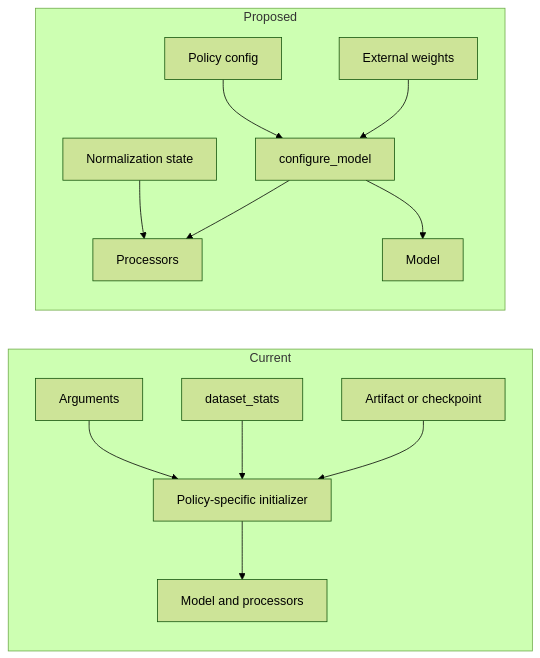
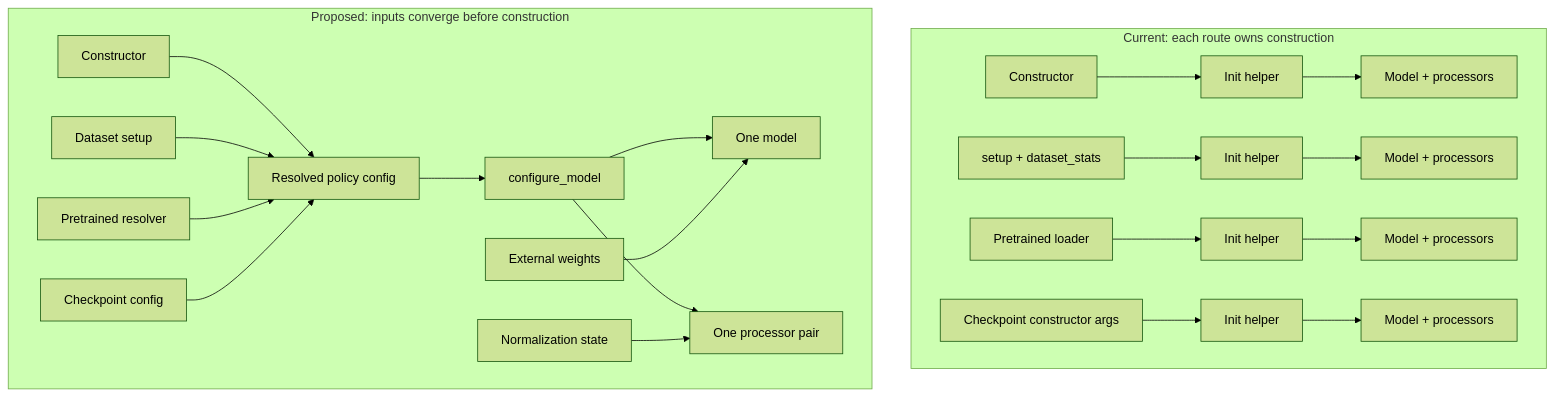
Before and after one commit to alfieroddan/physical-ai-studio: the sixth of 6 diagrams in library/docs/explanation/policy/current-policies.md, drawn with Mermaid (forest theme). The commit also changed other lines of this file, not shown here.

Commit message:
refactor: current-policies overhaul

````diff
--- a/library/docs/explanation/policy/current-policies.md
+++ b/library/docs/explanation/policy/current-policies.md
@@ -235,17 +247,27 @@
 ```mermaid
-flowchart LR
-    subgraph Current
-        B1[Arguments] --> B4[Policy-specific initializer]
-        B2[dataset_stats] --> B4
-        B3[Artifact or checkpoint] --> B4
-        B4 --> B5[Model and processors]
+flowchart TB
+    subgraph Current[Current: each route owns construction]
+        direction LR
+        B1[Constructor] --> I1[Init helper]
+        B2[setup + dataset_stats] --> I2[Init helper]
+        B3[Pretrained loader] --> I3[Init helper]
+        B4[Checkpoint constructor args] --> I4[Init helper]
+        I1 --> M1[Model + processors]
+        I2 --> M2[Model + processors]
+        I3 --> M3[Model + processors]
+        I4 --> M4[Model + processors]
     end
 
-    subgraph Proposed
-        A1[Policy config] --> A4[configure_model]
-        A2[Normalization state] --> A5[Processors]
-        A3[External weights] --> A4
-        A4 --> A6[Model]
-        A4 --> A5
+    subgraph Proposed[Proposed: inputs converge before construction]
+        direction LR
+        A1[Constructor] --> C[Resolved policy config]
+        A2[Dataset setup] --> C
+        A3[Pretrained resolver] --> C
+        A4[Checkpoint config] --> C
+        C --> G[configure_model]
+        G --> M[One model]
+        G --> P[One processor pair]
+        N[Normalization state] --> P
+        W[External weights] --> M
     end
 ```
````
